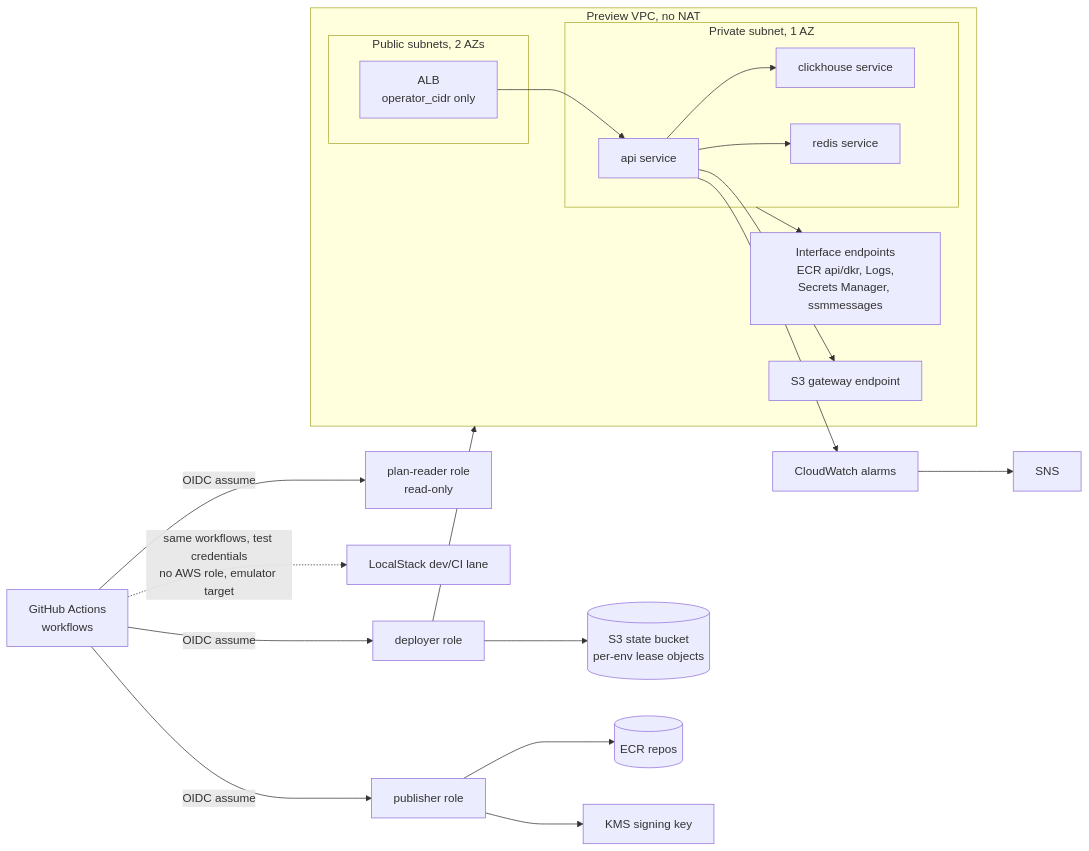
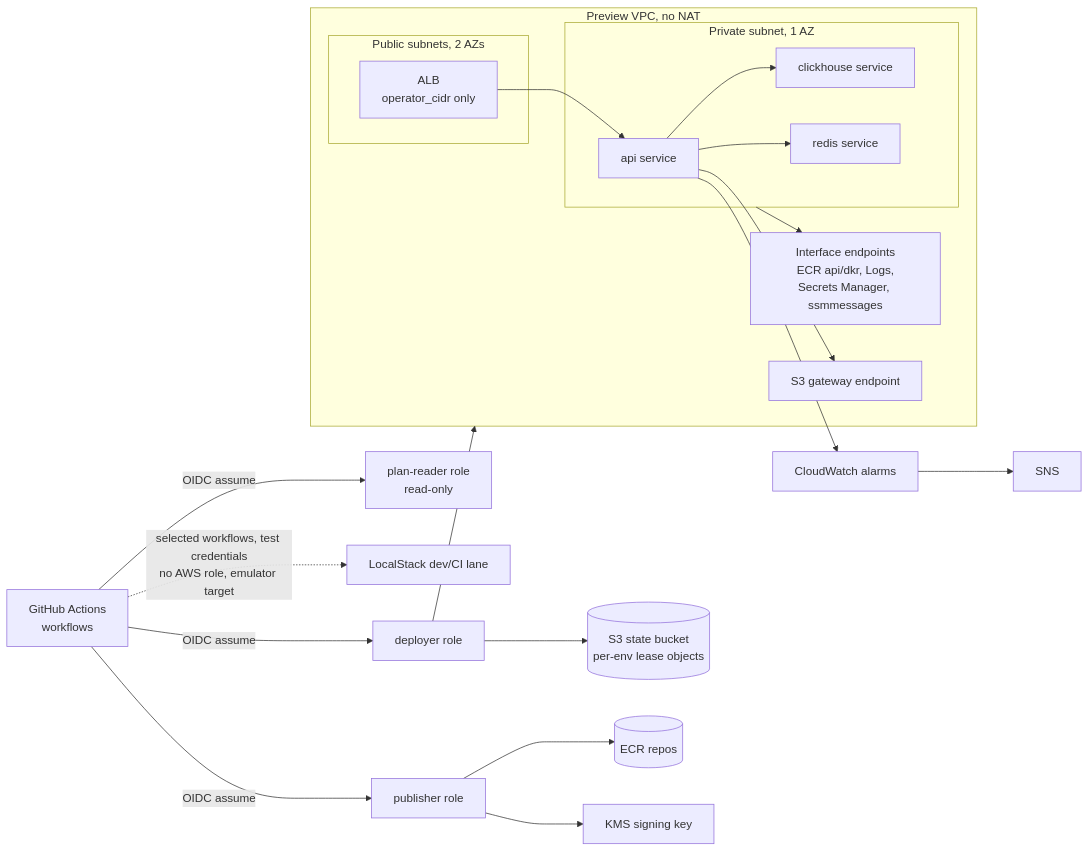
The first of 2 diagrams in README.md (FunnyValentine69/orbit-infra), drawn with Mermaid before and after one commit. The commit also changed other lines of this file, not shown here.

Commit message:
docs: README Tier 2 iteration-2 fixes — cost rationale without generalization, OIDC scope limited to real-AWS access, signed-image pipeline labelled CODE-ONLY until P0-3b, lease diagram shows reopen within retention

````diff
--- a/README.md
+++ b/README.md
@@ -29,29 +29,29 @@
 ```mermaid
 flowchart LR
     gha["GitHub Actions<br/>workflows"] -->|"OIDC assume"| planReader["plan-reader role<br/>read-only"]
     gha -->|"OIDC assume"| deployer["deployer role"]
     gha -->|"OIDC assume"| publisher["publisher role"]
-    gha -.->|"same workflows, test credentials<br/>no AWS role, emulator target"| localstack["LocalStack dev/CI lane"]
+    gha -.->|"selected workflows, test credentials<br/>no AWS role, emulator target"| localstack["LocalStack dev/CI lane"]
     deployer --> leases[("S3 state bucket<br/>per-env lease objects")]
     deployer --> vpc
     publisher --> ecr[("ECR repos")]
     publisher --> kms["KMS signing key"]
     subgraph vpc["Preview VPC, no NAT"]
         subgraph pub["Public subnets, 2 AZs"]
             alb["ALB<br/>operator_cidr only"]
         end
         subgraph priv["Private subnet, 1 AZ"]
             api["api service"]
             ch["clickhouse service"]
             redis["redis service"]
         end
         ep["Interface endpoints<br/>ECR api/dkr, Logs,<br/>Secrets Manager, ssmmessages"]
         gw["S3 gateway endpoint"]
     end
     alb --> api
     api --> ch
     api --> redis
     api --> gw
     priv --> ep
     api --> alarms["CloudWatch alarms"] --> sns["SNS"]
 ```
````
